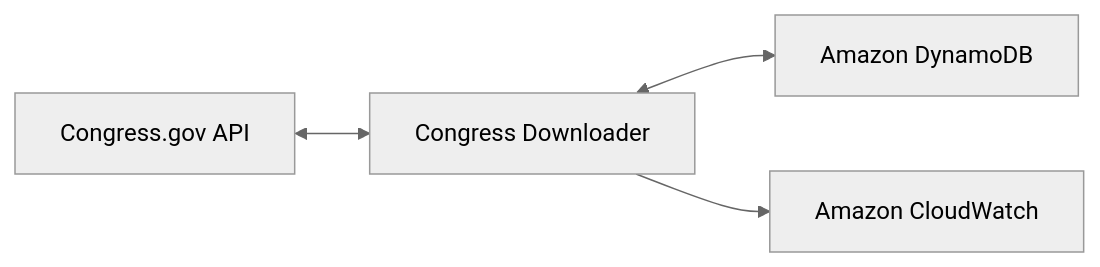
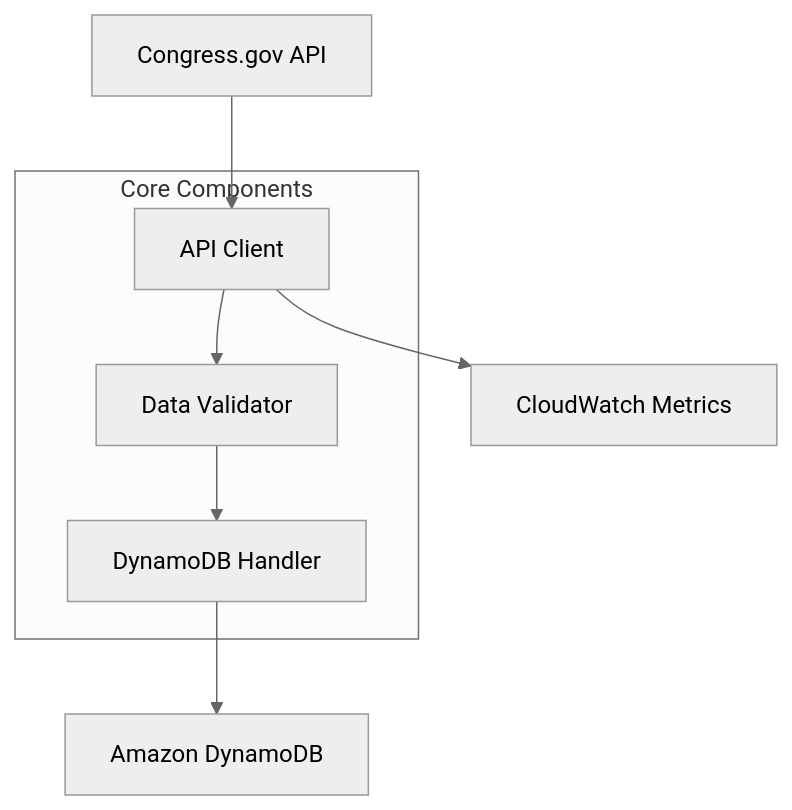
The first of 3 diagrams in ARCHITECTURE.md (prameyallc/congress-data-harvester), drawn with Mermaid (neutral theme) before and after one commit. The commit also changed other lines of this file and 4 other files, not shown here.

````diff
--- a/ARCHITECTURE.md
+++ b/ARCHITECTURE.md
@@ -7,6 +7,14 @@
 ```mermaid
-graph LR
-    A[Congress.gov API] <--> B[Congress Downloader]
-    B <--> C[Amazon DynamoDB]
-    B --> D[Amazon CloudWatch]
+graph TB
+    A[Congress.gov API] --> B[API Client]
+    B --> C[Data Validator]
+    C --> D[DynamoDB Handler]
+    D --> E[Amazon DynamoDB]
+    B --> F[CloudWatch Metrics]
+
+    subgraph "Core Components"
+        B
+        C
+        D
+    end
 ```
````
